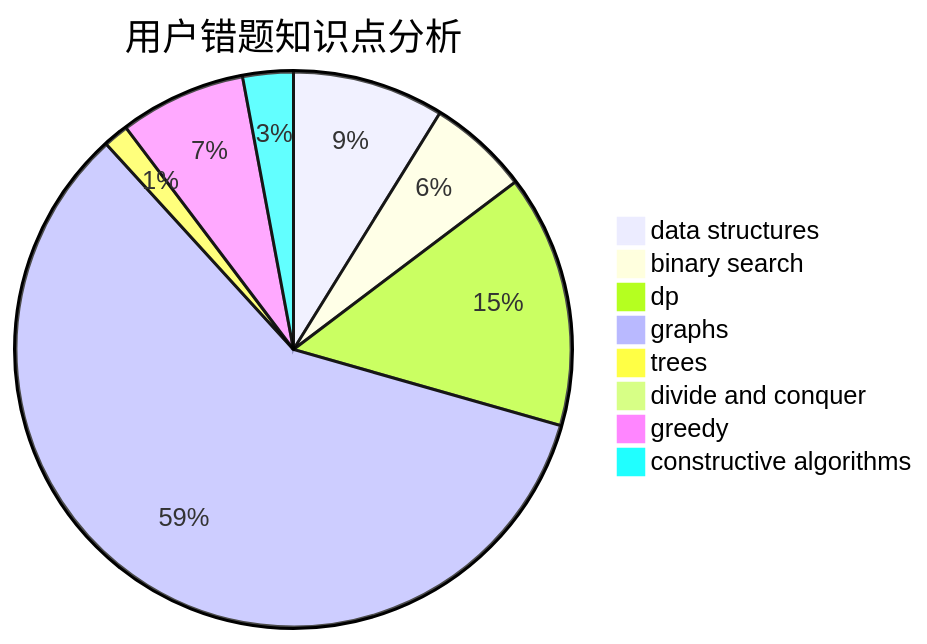
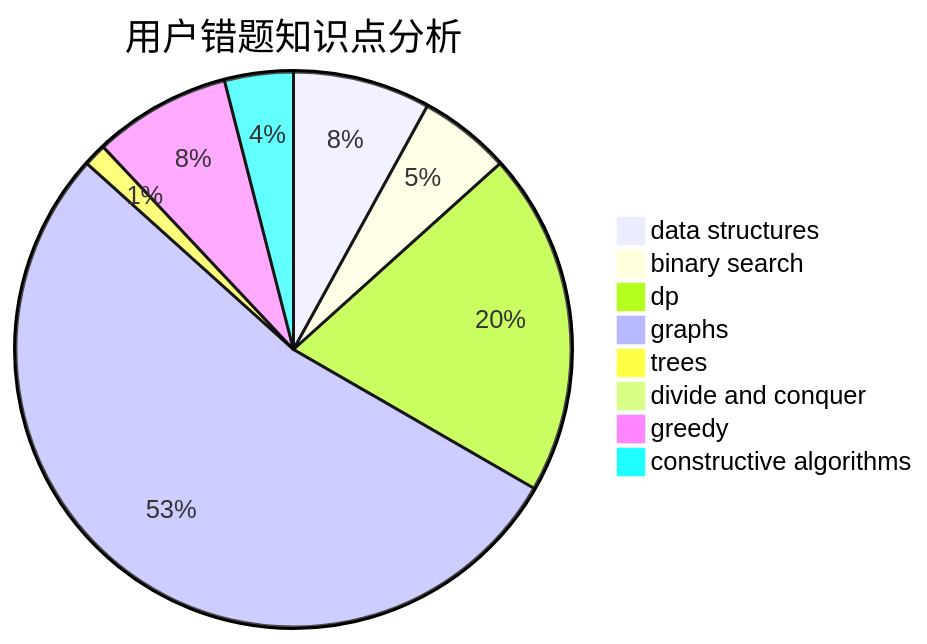
One commit to sherpahu/cfrs.github.io changed the third of 3 diagrams in docs/user/u1681.md. Above: the diagram before and after it, drawn with Mermaid. The commit also changed other lines of this file and 2770 other files, not shown here.

````diff
--- a/docs/user/u1681.md
+++ b/docs/user/u1681.md
@@ -36,11 +36,11 @@
 ```mermaid
 pie title 用户错题知识点分析
     "data structures" :  6
     "binary search" :  4
-    "dp" :  10
+    "dp" :  15
     "graphs" :  40
     "trees" :  1
     "divide and conquer" :  0
-    "greedy" :  5
-    "constructive algorithms" :  2
+    "greedy" :  6
+    "constructive algorithms" :  3
 ```
````
